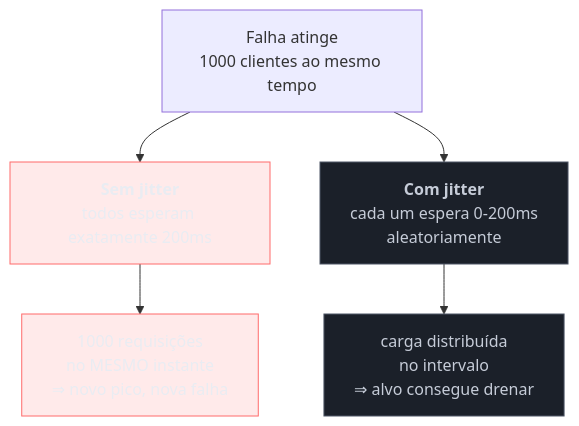
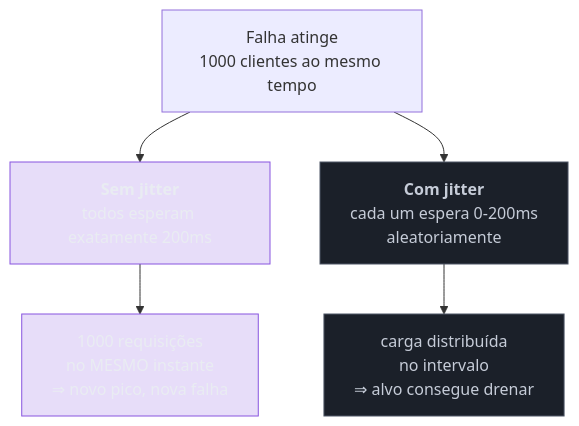
One commit to josenaldo/codex-technomanticus changed the diagram in 03-Dominios/Engenharia/Design de Software/Padrões de Projeto/Nuvem e Resiliência/03 - Retry.md. Above: the diagram before and after it, drawn with Mermaid. The commit also changed 601 other files, not shown here.

````diff
--- a/03-Dominios/Engenharia/Design de Software/Padrões de Projeto/Nuvem e Resiliência/03 - Retry.md
+++ b/03-Dominios/Engenharia/Design de Software/Padrões de Projeto/Nuvem e Resiliência/03 - Retry.md
@@ -48,14 +48,14 @@
 ```mermaid
 graph TD
-    classDef falha fill:#FF6B6B24,stroke:#FF6B6B,color:#E9ECF2
+    classDef marca fill:#8855DF33,stroke:#8855DF,color:#E9ECF2
     classDef neutro fill:#1B2029,stroke:#4E5666,color:#C6CCD8
     F["Falha atinge<br/>1000 clientes ao mesmo tempo"] --> S["<b>Sem jitter</b><br/>todos esperam exatamente 200ms"]
     F --> J["<b>Com jitter</b><br/>cada um espera 0-200ms<br/>aleatoriamente"]
     S --> P["1000 requisições<br/>no MESMO instante<br/>⇒ novo pico, nova falha"]
     J --> D["carga distribuída<br/>no intervalo<br/>⇒ alvo consegue drenar"]
 
-    class S falha
-    class P falha
+    class S marca
+    class P marca
     class J neutro
     class D neutro
 ```
````
